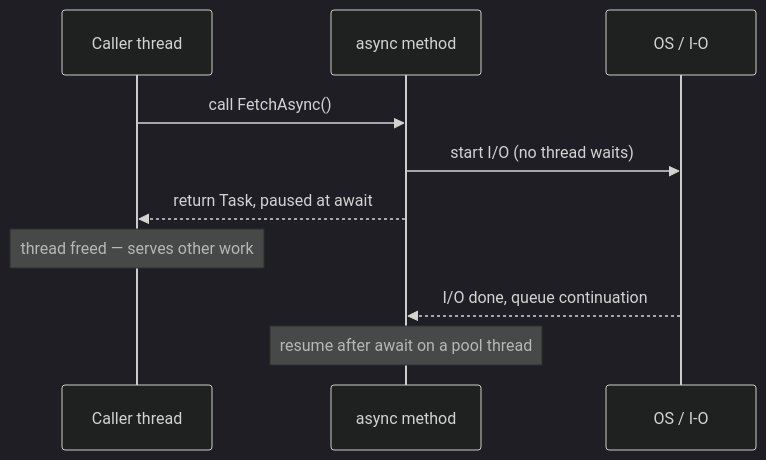
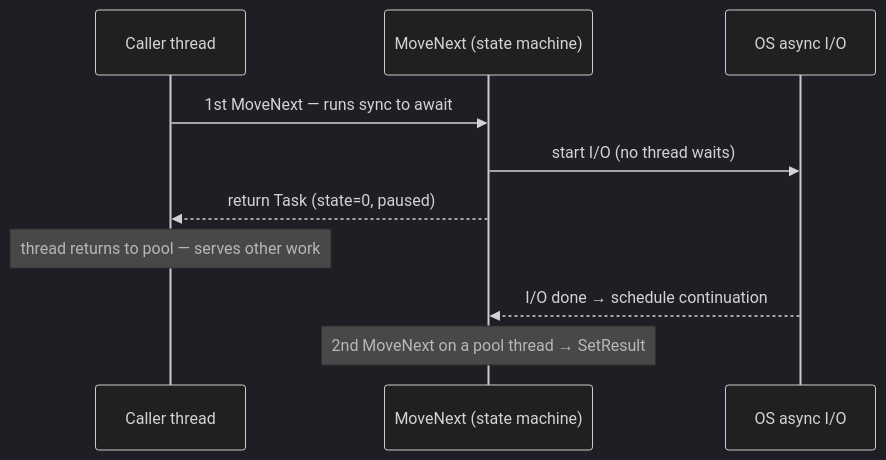
The diagram in Vault/Programming/Concurrency/Async and Await.md (M1re/EngineeringVault), drawn with Mermaid (dark theme) before and after one commit. The commit also changed other lines of this file and 1 other file, not shown here.

First line of the commit message:
Publish reworked Async/Await deep-dive note

````diff
--- a/Vault/Programming/Concurrency/Async and Await.md
+++ b/Vault/Programming/Concurrency/Async and Await.md
@@ -25,12 +99,12 @@
 ```mermaid
 sequenceDiagram
     participant C as Caller thread
-    participant M as async method
-    participant OS as OS / I-O
-    C->>M: call FetchAsync()
+    participant M as MoveNext (state machine)
+    participant OS as OS async I/O
+    C->>M: 1st MoveNext — runs sync to await
     M->>OS: start I/O (no thread waits)
-    M-->>C: return Task, paused at await
-    Note over C: thread freed — serves other work
-    OS-->>M: I/O done, queue continuation
-    Note over M: resume after await on a pool thread
+    M-->>C: return Task (state=0, paused)
+    Note over C: thread returns to pool — serves other work
+    OS-->>M: I/O done → schedule continuation
+    Note over M: 2nd MoveNext on a pool thread → SetResult
 ```
````
